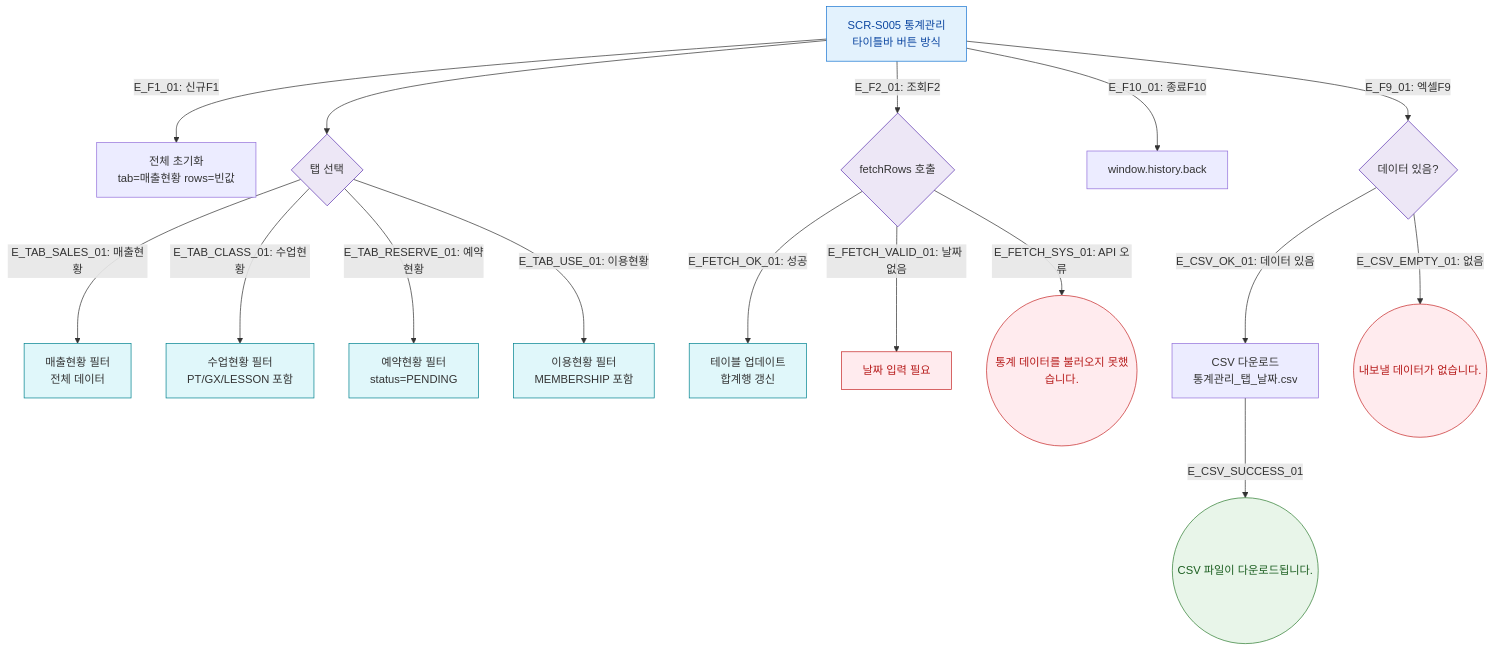
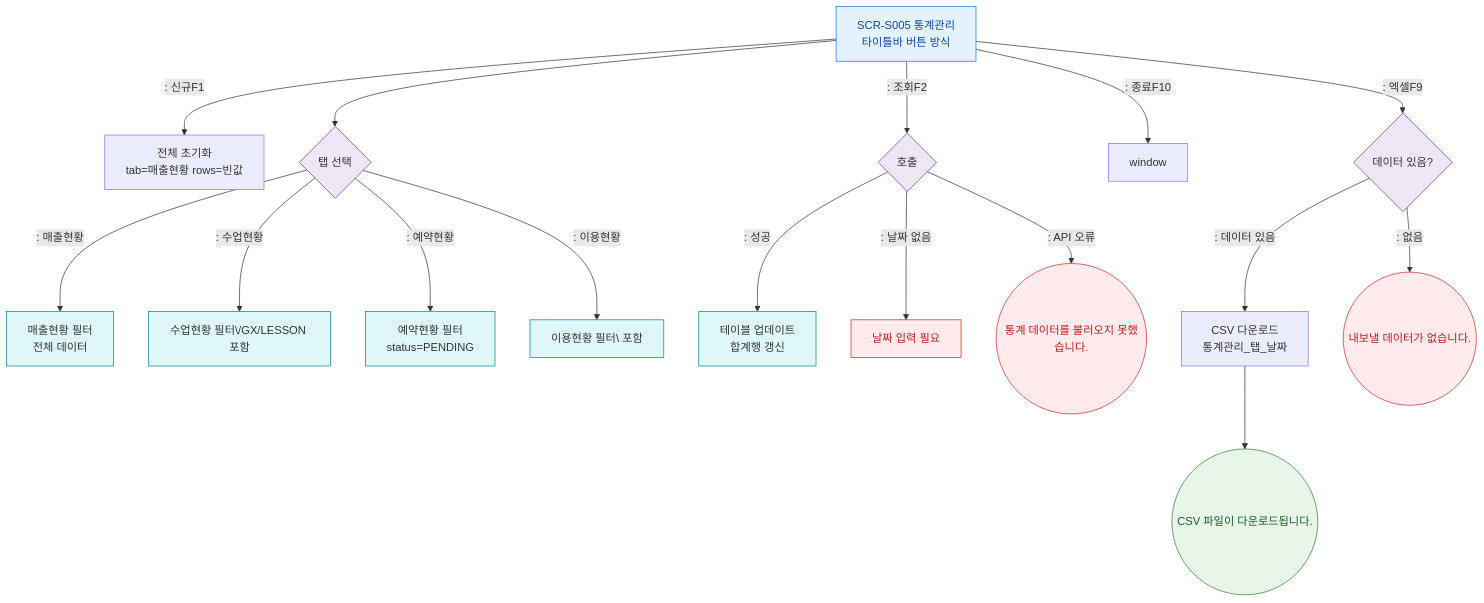
The diagram in docs/다이어그램/D03_매출관리/SCR-S005_통계관리/F2_메인.md (dev-spogym/admin-pando), drawn with Mermaid before and after one commit. The commit also changed other lines of this file and 1660 other files, not shown here.

First line of the commit message:
다이어그램: 기획자/클라이언트 납품본으로 정리

````diff
--- a/docs/다이어그램/D03_매출관리/SCR-S005_통계관리/F2_메인.md
+++ b/docs/다이어그램/D03_매출관리/SCR-S005_통계관리/F2_메인.md
@@ -20,35 +18,35 @@
 ```mermaid
 flowchart TD
     S005[SCR-S005 통계관리\n타이틀바 버튼 방식]
 
-    S005 -->|"E_F1_01: 신규F1"| RESET[전체 초기화\ntab=매출현황 rows=빈값]
-    S005 -->|"E_F2_01: 조회F2"| FETCH{fetchRows 호출}
-    S005 -->|"E_F9_01: 엑셀F9"| CSV_CHECK{데이터 있음?}
-    S005 -->|"E_F10_01: 종료F10"| HISTORY_BACK[window.history.back]
+    S005 -->|": 신규F1"|RESET[전체 초기화\ntab=매출현황 rows=빈값]
+    S005 -->|": 조회F2"|FETCH{호출}
+    S005 -->|": 엑셀F9"|CSV_CHECK{데이터 있음?}
+    S005 -->|": 종료F10"|HISTORY_BACK[window]
 
     S005 --> TAB_SELECT{탭 선택}
-    TAB_SELECT -->|"E_TAB_SALES_01: 매출현황"| TAB_SALES[매출현황 필터\n전체 데이터]
-    TAB_SELECT -->|"E_TAB_CLASS_01: 수업현황"| TAB_CLASS[수업현황 필터\nPT/GX/LESSON 포함]
-    TAB_SELECT -->|"E_TAB_RESERVE_01: 예약현황"| TAB_RESERVE[예약현황 필터\nstatus=PENDING]
-    TAB_SELECT -->|"E_TAB_USE_01: 이용현황"| TAB_USE[이용현황 필터\nMEMBERSHIP 포함]
+    TAB_SELECT -->|": 매출현황"|TAB_SALES[매출현황 필터\n전체 데이터]
+    TAB_SELECT -->|": 수업현황"|TAB_CLASS[수업현황 필터\/GX/LESSON 포함]
+    TAB_SELECT -->|": 예약현황"|TAB_RESERVE[예약현황 필터\nstatus=PENDING]
+    TAB_SELECT -->|": 이용현황"|TAB_USE[이용현황 필터\ 포함]
 
-    FETCH -->|"E_FETCH_OK_01: 성공"| TABLE_UPDATE[테이블 업데이트\n합계행 갱신]
-    FETCH -->|"E_FETCH_VALID_01: 날짜 없음"| ERR_DATE[날짜 입력 필요]
-    FETCH -->|"E_FETCH_SYS_01: API 오류"| ERR_API((통계 데이터를 불러오지 못했습니다.))
+    FETCH -->|": 성공"|TABLE_UPDATE[테이블 업데이트\n합계행 갱신]
+    FETCH -->|": 날짜 없음"|ERR_DATE[날짜 입력 필요]
+    FETCH -->|": API 오류"|ERR_API((통계 데이터를 불러오지 못했습니다.))
 
-    CSV_CHECK -->|"E_CSV_OK_01: 데이터 있음"| CSV_DOWN[CSV 다운로드\n통계관리_탭_날짜.csv]
-    CSV_CHECK -->|"E_CSV_EMPTY_01: 없음"| ERR_CSV((내보낼 데이터가 없습니다.))
-    CSV_DOWN -->|E_CSV_SUCCESS_01| TOAST_CSV((CSV 파일이 다운로드됩니다.))
+    CSV_CHECK -->|": 데이터 있음"|CSV_DOWN[CSV 다운로드\n통계관리_탭_날짜]
+    CSV_CHECK -->|": 없음"|ERR_CSV((내보낼 데이터가 없습니다.))
+    CSV_DOWN --> TOAST_CSV((CSV 파일이 다운로드됩니다.))
 
     classDef screen fill:#E3F2FD,stroke:#1976D2,color:#0D47A1
     classDef error fill:#FFEBEE,stroke:#C62828,color:#B71C1C
     classDef success fill:#E8F5E9,stroke:#2E7D32,color:#1B5E20
     classDef system fill:#EDE7F6,stroke:#5E35B2
     classDef info fill:#E0F7FA,stroke:#00838F
 
     class S005 screen
     class ERR_DATE,ERR_API,ERR_CSV error
     class TOAST_CSV success
     class FETCH,CSV_CHECK,TAB_SELECT system
     class TABLE_UPDATE,TAB_SALES,TAB_CLASS,TAB_RESERVE,TAB_USE info
 ```
````
